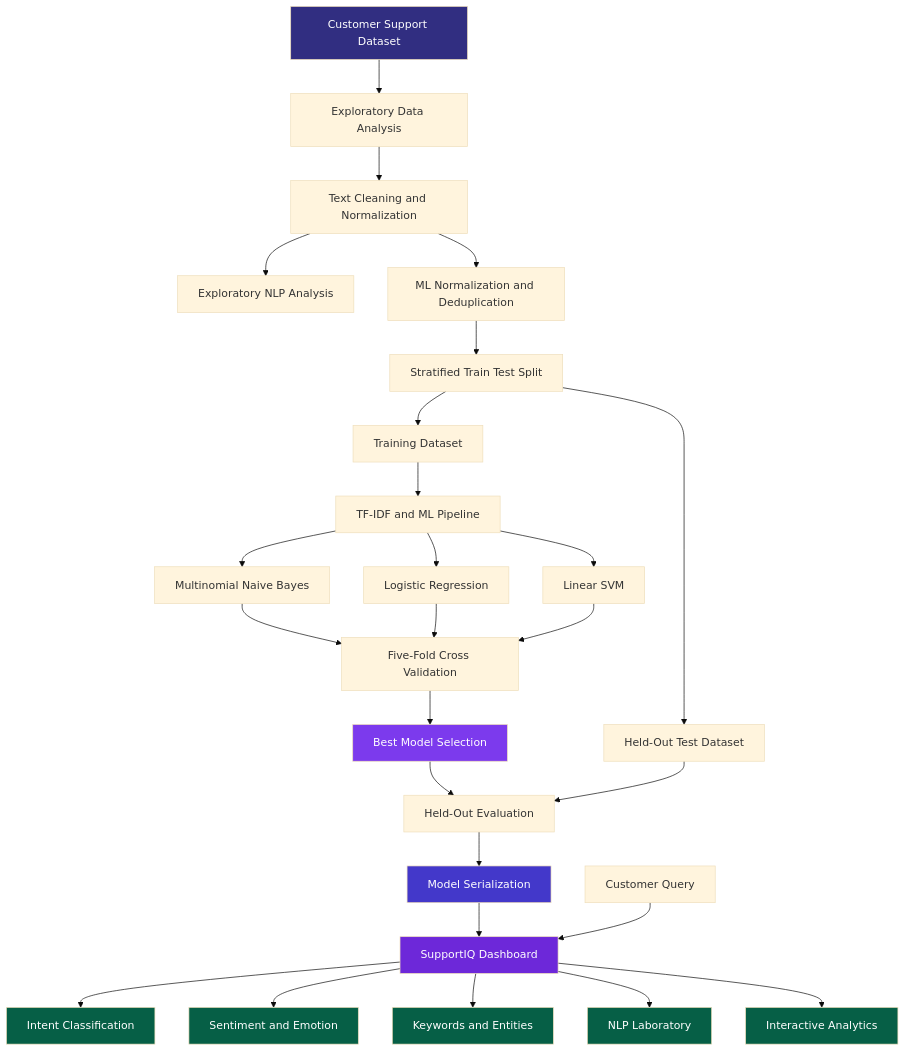
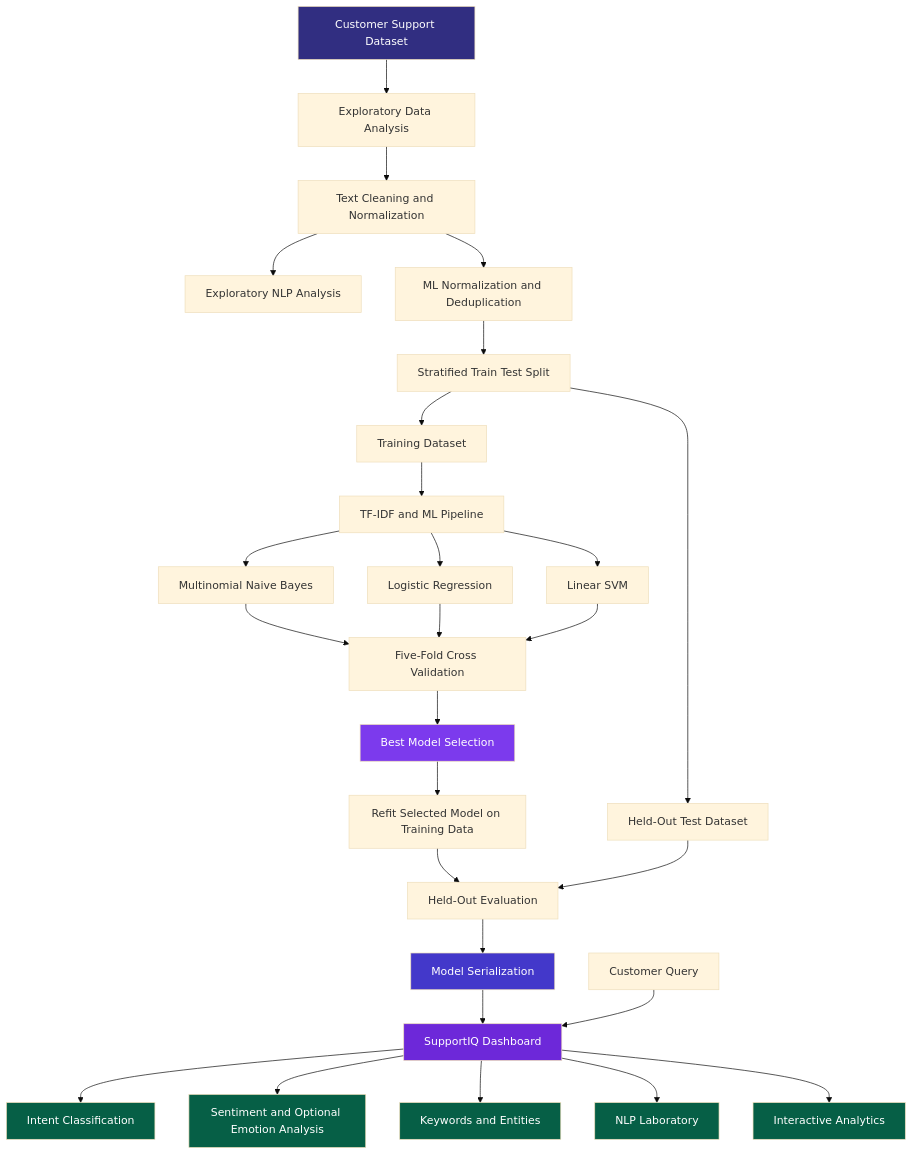
The diagram in README.md (dhruv4AlgoForge/Customer-Support-Intelligence-NLP), drawn with Mermaid (base theme) before and after one commit. The commit also changed other lines of this file, not shown here.

````diff
--- a/README.md
+++ b/README.md
@@ -264,63 +272,39 @@
 ```mermaid
 flowchart TD
-
     A[Customer Support Dataset] --> B[Exploratory Data Analysis]
-
     B --> C[Text Cleaning and Normalization]
-
     C --> D[Exploratory NLP Analysis]
-
     C --> E[ML Normalization and Deduplication]
-
     E --> F[Stratified Train Test Split]
-
     F --> G[Training Dataset]
-
     F --> H[Held-Out Test Dataset]
-
     G --> I[TF-IDF and ML Pipeline]
-
     I --> J[Multinomial Naive Bayes]
-
     I --> K[Logistic Regression]
-
     I --> L[Linear SVM]
-
     J --> M[Five-Fold Cross Validation]
-
     K --> M
-
     L --> M
-
     M --> N[Best Model Selection]
-
-    N --> O[Held-Out Evaluation]
-
-    H --> O
-
-    O --> P[Model Serialization]
-
-    P --> Q[SupportIQ Dashboard]
-
-    R[Customer Query] --> Q
-
-    Q --> S[Intent Classification]
-
-    Q --> T[Sentiment and Emotion]
-
-    Q --> U[Keywords and Entities]
-
-    Q --> V[NLP Laboratory]
-
-    Q --> W[Interactive Analytics]
+    N --> O[Refit Selected Model on Training Data]
+    O --> P[Held-Out Evaluation]
+    H --> P
+    P --> Q[Model Serialization]
+    Q --> R[SupportIQ Dashboard]
+    S[Customer Query] --> R
+    R --> T[Intent Classification]
+    R --> U[Sentiment and Optional Emotion Analysis]
+    R --> V[Keywords and Entities]
+    R --> W[NLP Laboratory]
+    R --> X[Interactive Analytics]
 
     style A fill:#312E81,color:#fff
     style N fill:#7C3AED,color:#fff
-    style P fill:#4338CA,color:#fff
-    style Q fill:#6D28D9,color:#fff
-    style S fill:#065F46,color:#fff
+    style Q fill:#4338CA,color:#fff
+    style R fill:#6D28D9,color:#fff
     style T fill:#065F46,color:#fff
     style U fill:#065F46,color:#fff
     style V fill:#065F46,color:#fff
     style W fill:#065F46,color:#fff
+    style X fill:#065F46,color:#fff
 ```
````
